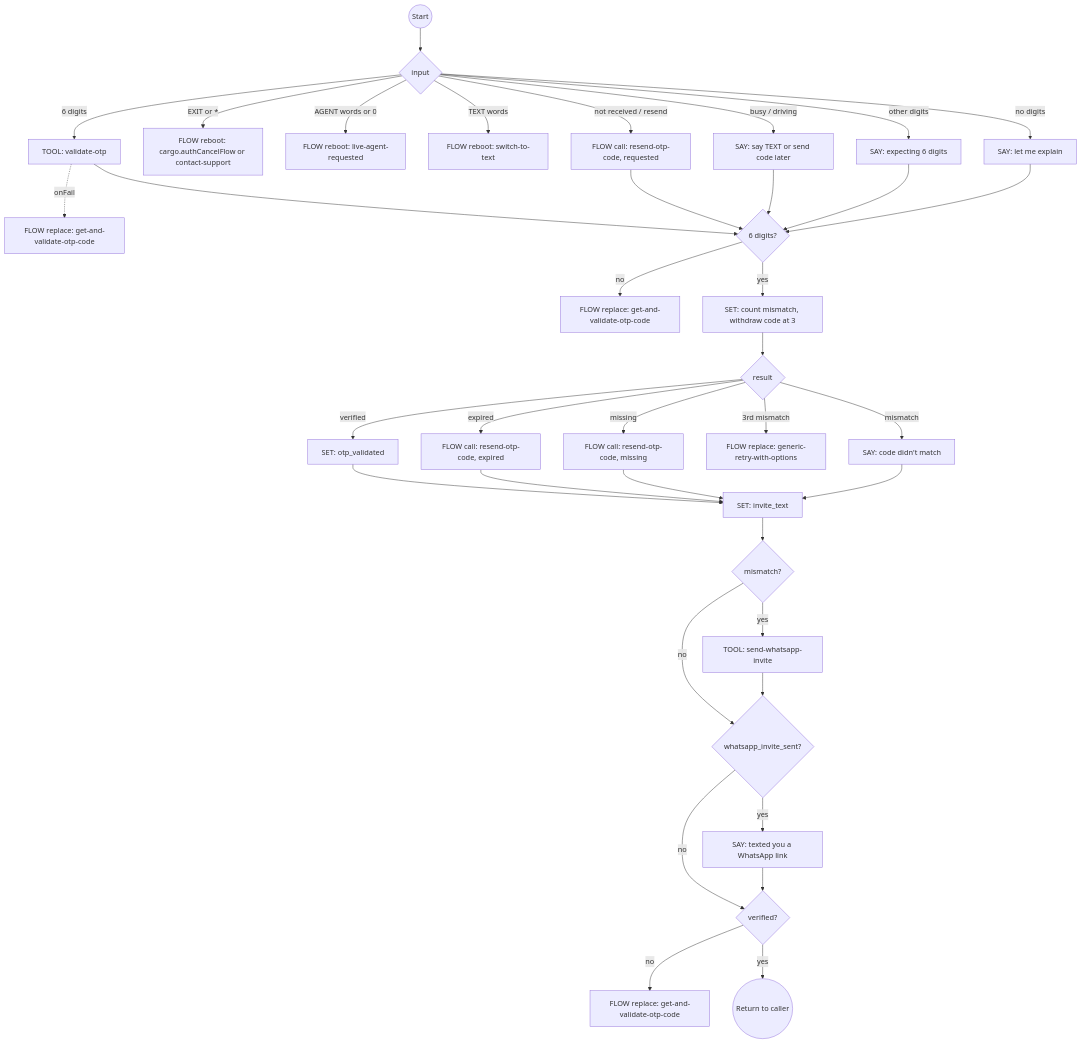
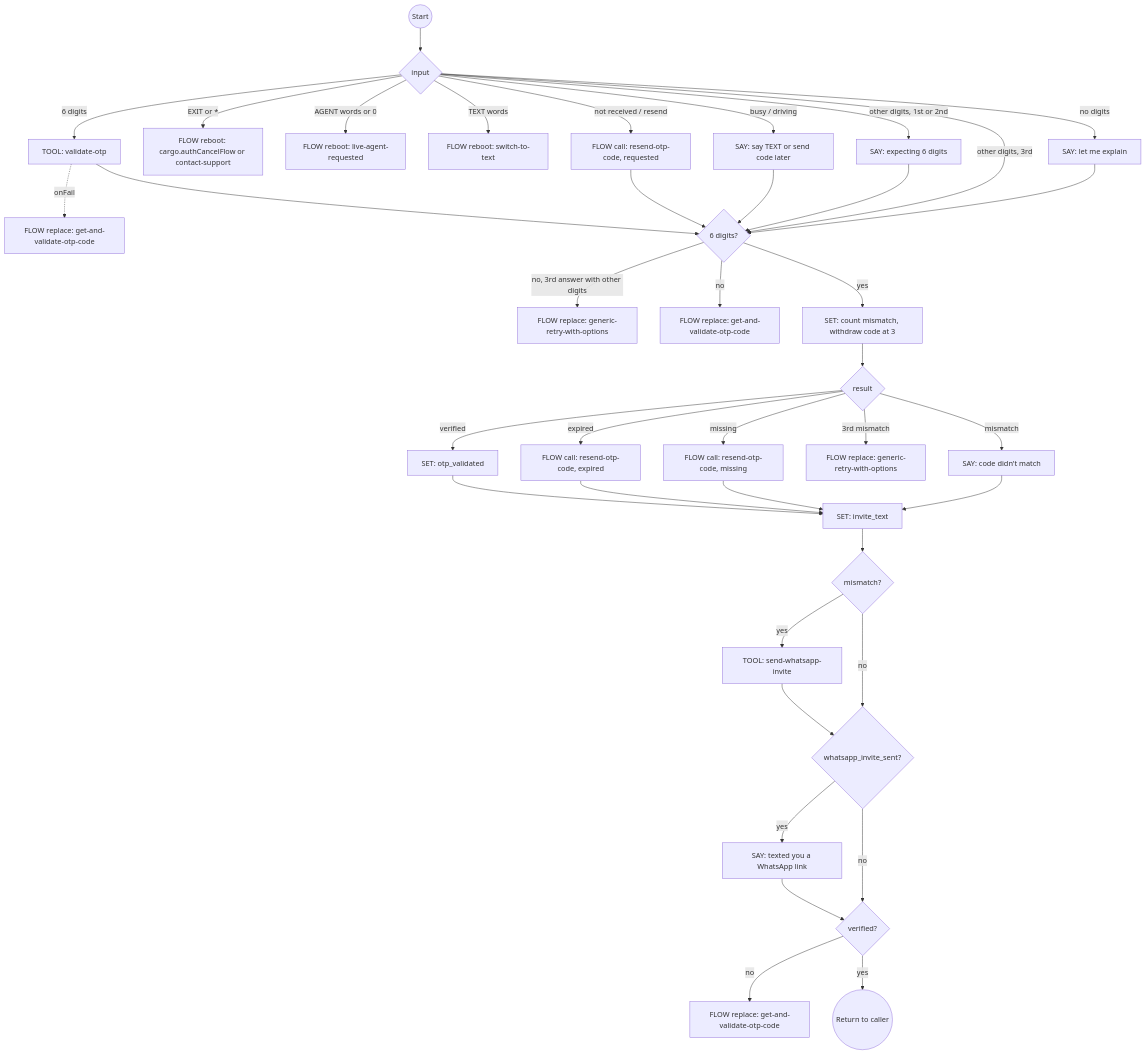
Before and after one commit to ronpinkas/jsfe: the eighth of 22 diagrams in docs/system-flows.md, drawn with Mermaid. The commit also changed other lines of this file and 1 other file, not shown here.

````diff
--- a/docs/system-flows.md
+++ b/docs/system-flows.md
@@ -477,39 +478,41 @@
 ```mermaid
 graph TD
     start((Start)) --> route{input}
     route -->|6 digits| validate_otp[TOOL: validate-otp]
     route -->|EXIT or *| abort_process[FLOW reboot: cargo.authCancelFlow or contact-support]
     route -->|AGENT words or 0| goto_live_agent[FLOW reboot: live-agent-requested]
     route -->|TEXT words| goto_text[FLOW reboot: switch-to-text]
     route -->|not received / resend| code_not_arrived[FLOW call: resend-otp-code, requested]
     route -->|busy / driving| cannot_now[SAY: say TEXT or send code later]
-    route -->|other digits| invalid_format[SAY: expecting 6 digits]
+    route -->|other digits, 1st or 2nd| invalid_format[SAY: expecting 6 digits]
+    route -->|other digits, 3rd| fmt
     route -->|no digits| explain[SAY: let me explain]
     validate_otp -.->|onFail| otp_tool_error[FLOW replace: get-and-validate-otp-code]
     validate_otp --> fmt{6 digits?}
     code_not_arrived --> fmt
     cannot_now --> fmt
     invalid_format --> fmt
     explain --> fmt
+    fmt -->|no, 3rd answer with other digits| format_cap[FLOW replace: generic-retry-with-options]
     fmt -->|no| loop_back_for_code[FLOW replace: get-and-validate-otp-code]
     fmt -->|yes| count[SET: count mismatch, withdraw code at 3]
     count --> check{result}
     check -->|verified| otp_success[SET: otp_validated]
     check -->|expired| expired_fresh[FLOW call: resend-otp-code, expired]
     check -->|missing| missing_fresh[FLOW call: resend-otp-code, missing]
     check -->|3rd mismatch| cap_reached[FLOW replace: generic-retry-with-options]
     check -->|mismatch| wrong_code[SAY: code didn't match]
     otp_success --> invite_text[SET: invite_text]
     expired_fresh --> invite_text
     missing_fresh --> invite_text
     wrong_code --> invite_text
     invite_text --> invite{mismatch?}
     invite -->|yes| invite_whatsapp[TOOL: send-whatsapp-invite]
     invite -->|no| mention{whatsapp_invite_sent?}
     invite_whatsapp --> mention
     mention -->|yes| say_invite[SAY: texted you a WhatsApp link]
     mention -->|no| retry{verified?}
     say_invite --> retry
     retry -->|no| loop_back_for_new_code[FLOW replace: get-and-validate-otp-code]
     retry -->|yes| stop((Return to caller))
 ```
````
